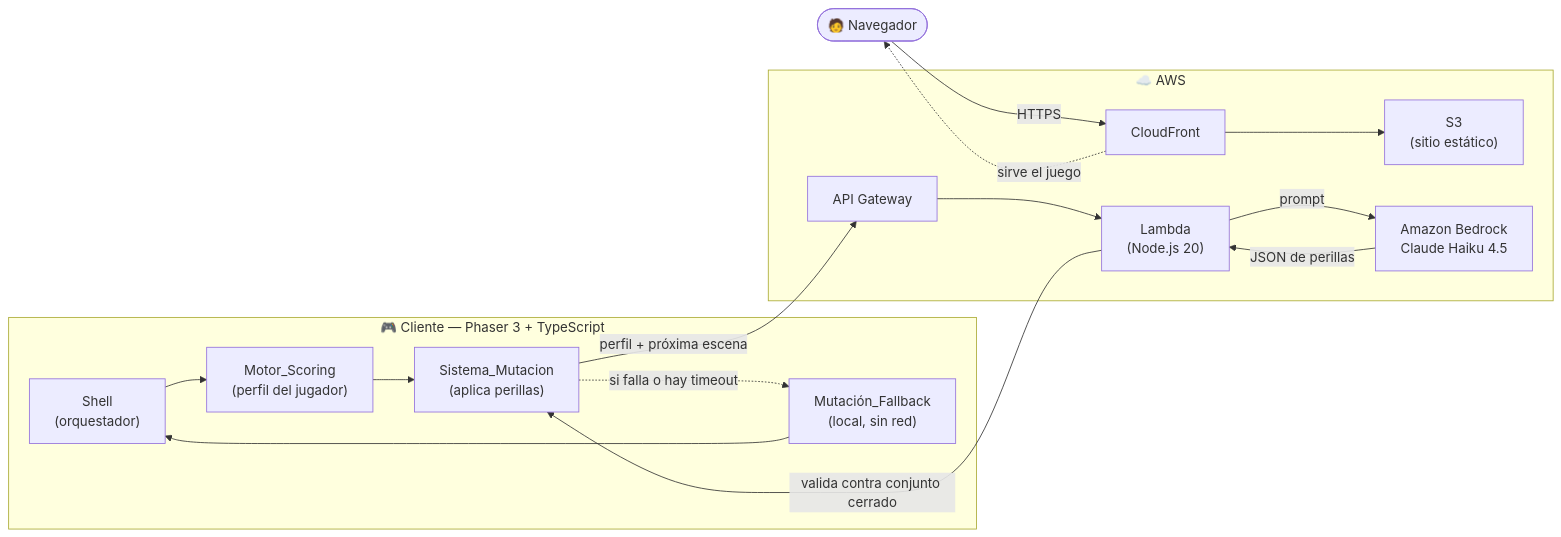
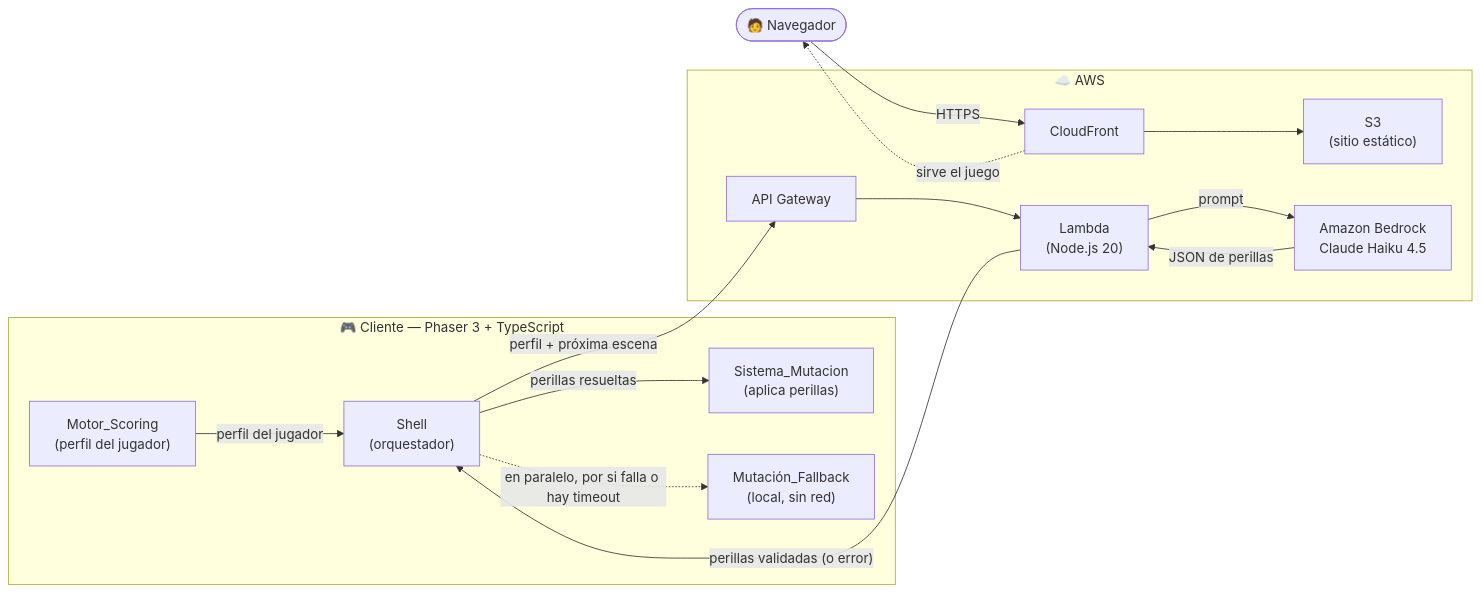
Before and after one commit to mayrtn/999-EN-1: the first of 2 diagrams in README.md, drawn with Mermaid. The commit also changed other lines of this file, not shown here.

Commit message:
docs:_mejorar_diagrama_README

````diff
--- a/README.md
+++ b/README.md
@@ -37,30 +37,30 @@
 ```mermaid
 flowchart LR
     Navegador(["🧑 Navegador"])
 
     subgraph Cliente["🎮 Cliente — Phaser 3 + TypeScript"]
         Shell["Shell<br/>(orquestador)"]
         Motor["Motor_Scoring<br/>(perfil del jugador)"]
         Mutacion["Sistema_Mutacion<br/>(aplica perillas)"]
         Fallback["Mutación_Fallback<br/>(local, sin red)"]
     end
 
     subgraph AWS["☁️ AWS"]
         CF["CloudFront"]
         S3["S3<br/>(sitio estático)"]
         APIGW["API Gateway"]
         Lambda["Lambda<br/>(Node.js 20)"]
         Bedrock["Amazon Bedrock<br/>Claude Haiku 4.5"]
     end
 
     Navegador -->|"HTTPS"| CF --> S3
     CF -.->|"sirve el juego"| Navegador
 
-    Shell --> Motor --> Mutacion
-    Mutacion -->|"perfil + próxima escena"| APIGW --> Lambda
+    Motor -->|"perfil del jugador"| Shell
+    Shell -->|"perfil + próxima escena"| APIGW --> Lambda
     Lambda -->|"prompt"| Bedrock
     Bedrock -->|"JSON de perillas"| Lambda
-    Lambda -->|"valida contra conjunto cerrado"| Mutacion
-    Mutacion -.->|"si falla o hay timeout"| Fallback
-    Fallback --> Shell
+    Lambda -->|"perillas validadas (o error)"| Shell
+    Shell -.->|"en paralelo, por si falla o hay timeout"| Fallback
+    Shell -->|"perillas resueltas"| Mutacion
 ```
````
